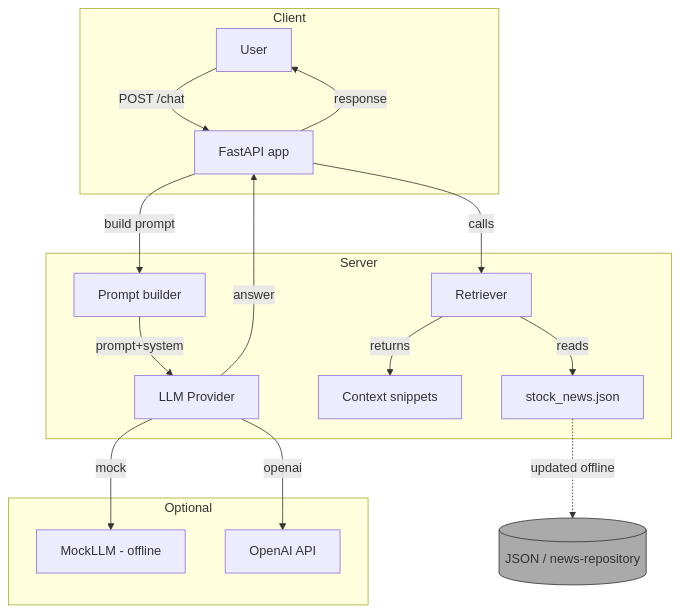
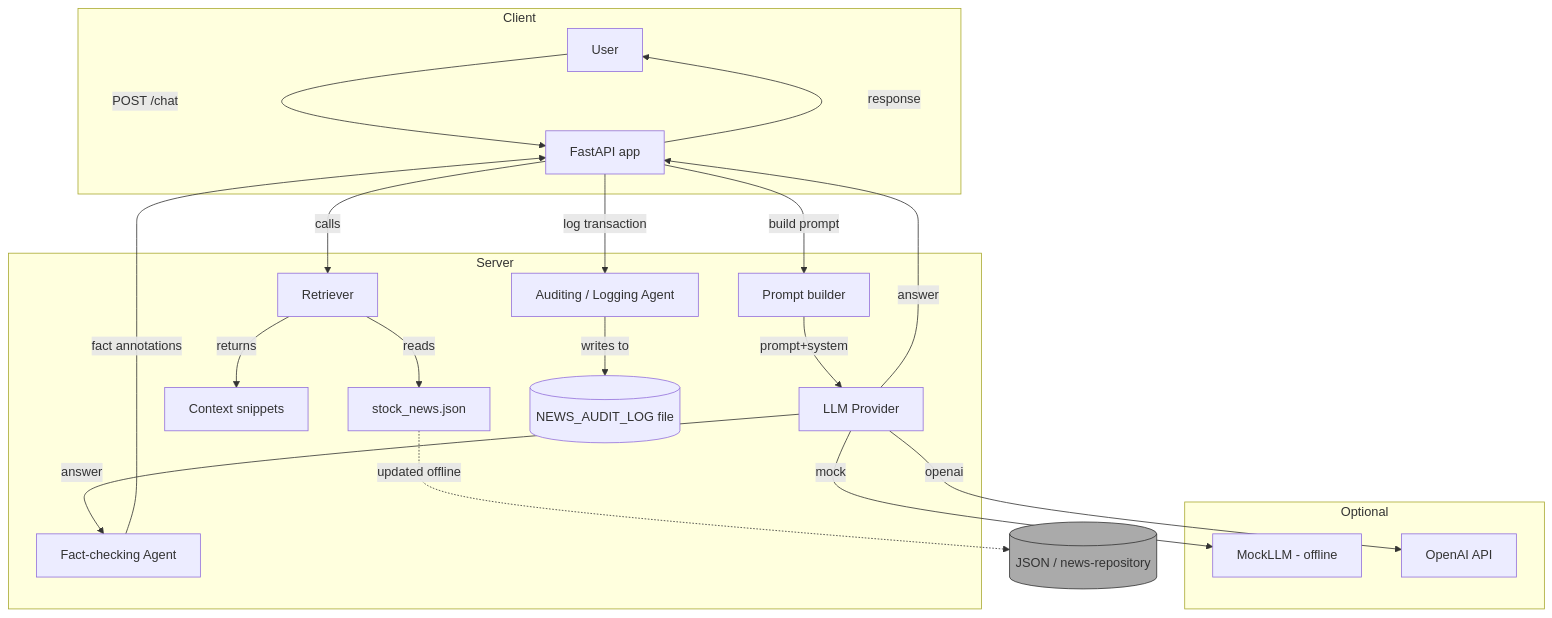
One commit to DhananjoyDas/financial-news-rag changed the first of 3 diagrams in README.md. Above: the diagram before and after it, drawn with Mermaid. The commit also changed other lines of this file and 11 other files, not shown here.

Commit message:
[JIRA-2] minimal Agent support for validation and auditing

````diff
--- a/README.md
+++ b/README.md
@@ -60,25 +62,32 @@
 ```mermaid
 flowchart TD
   subgraph Client
     U[User] -->|POST /chat| API[FastAPI app]
   end
 
   subgraph Server
     API -->|calls| RET[Retriever]
     RET -->|reads| DOCS[stock_news.json]
     RET -->|returns| CONTEXT[Context snippets]
     API -->|build prompt| PROM[Prompt builder]
     PROM -->|prompt+system| LLM[LLM Provider]
     LLM -->|answer| API
     API -->|response| U
+
+    %% New agents
+    LLM -->|answer| FCA[Fact-checking Agent]
+    FCA -->|fact annotations| API
+
+    API -->|log transaction| AUD[Auditing / Logging Agent]
+    AUD -->|writes to| LOGS[(NEWS_AUDIT_LOG file)]
   end
 
   subgraph Providers[Optional]
     LLM -->|mock| MockLLM[MockLLM - offline]
     LLM -->|openai| OpenAI[OpenAI API]
   end
 
   DOCS -.->|updated offline| Repo[(JSON / news-repository)]
 
   style Repo fill:#aaa,stroke:#333,stroke-width:1px
 ```
````
